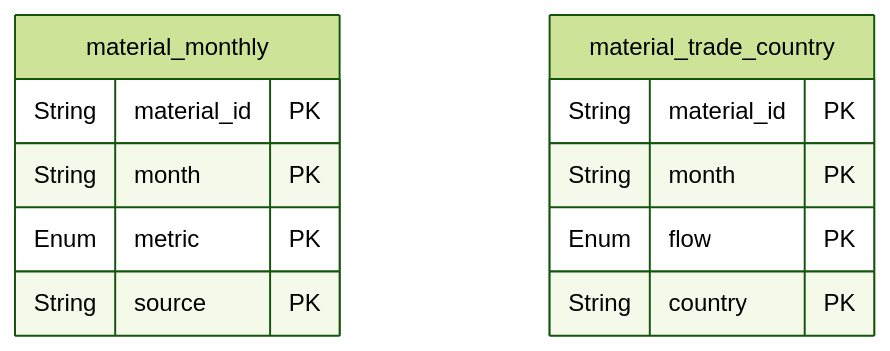
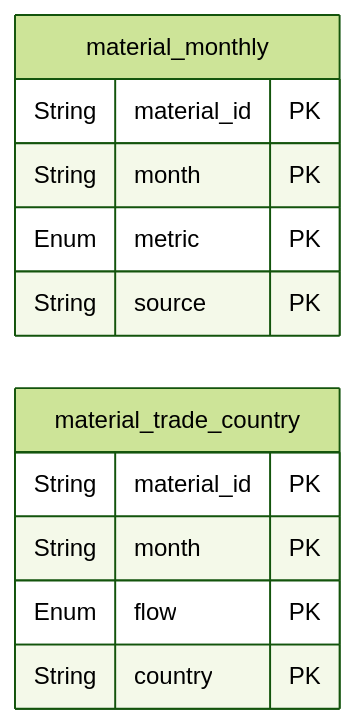
Before and after one commit to pekumirui/stock-analyzer: the diagram in docs/schema/supply.md, drawn with Mermaid (forest theme). The commit also changed other lines of this file and 10 other files, not shown here.

First line of the commit message:
improve(KAB-495): ER 図に全部の参照を線で出し、並べ方を ELK の横向きにする

````diff
--- a/docs/schema/supply.md
+++ b/docs/schema/supply.md
@@ -7,15 +7,20 @@
 ```mermaid
+---
+config:
+  layout: elk
+---
 erDiagram
+  direction LR
   material_monthly {
     String material_id PK
     String month PK
     Enum metric PK
     String source PK
   }
   material_trade_country {
     String material_id PK
     String month PK
     Enum flow PK
     String country PK
   }
 ```
````
